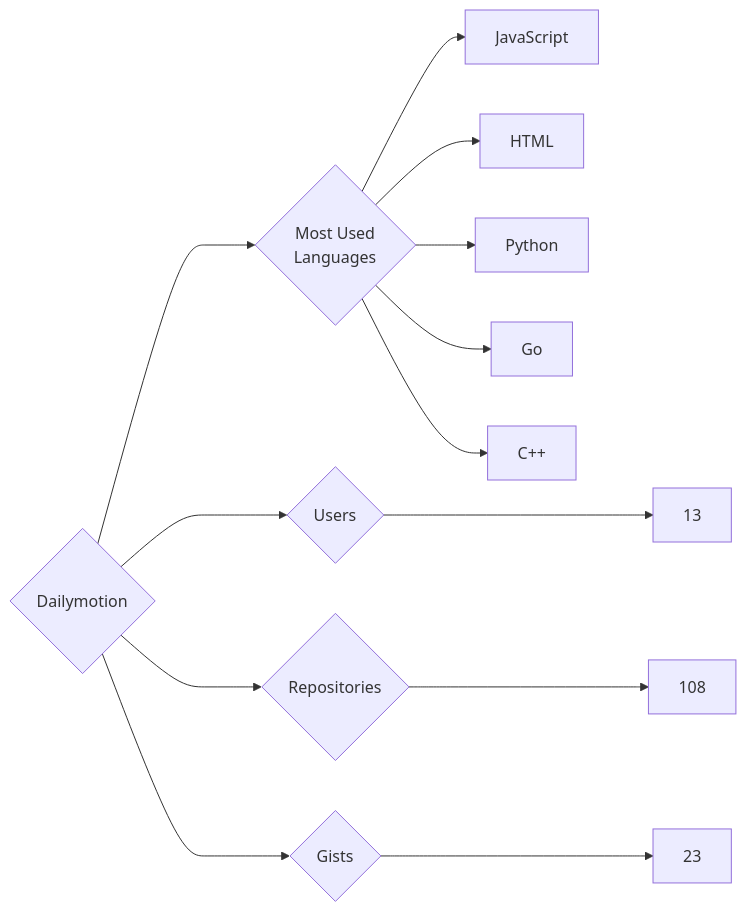
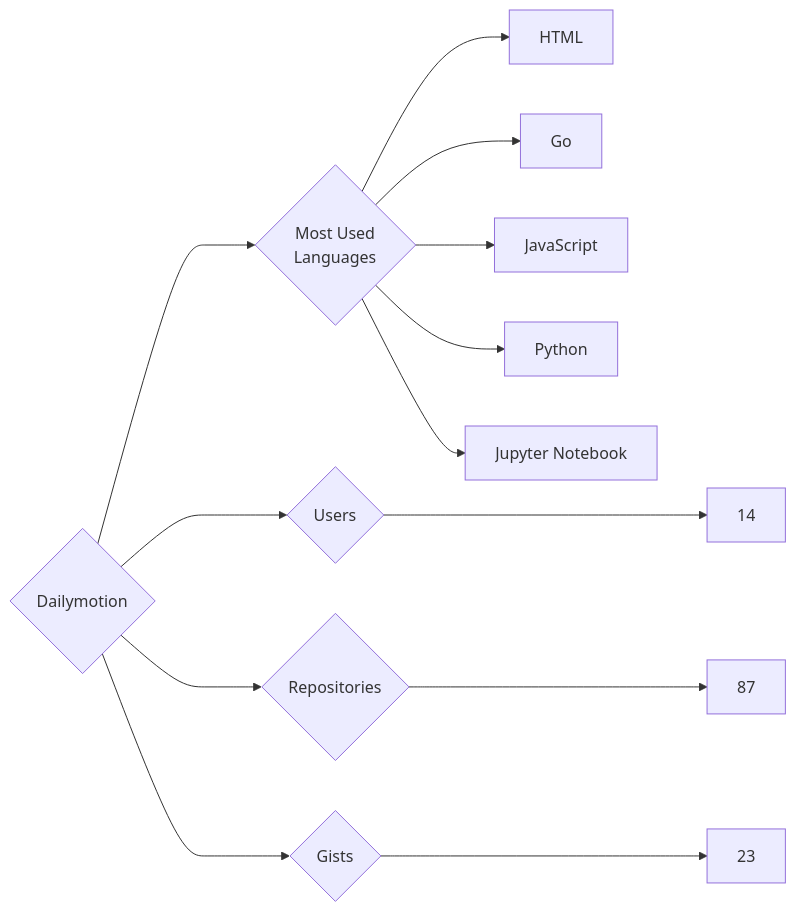
One commit to trickest/insiders changed the diagram in targets/Dailymotion/README.md. Above: the diagram before and after it, drawn with Mermaid. The commit also changed 934 other files, not shown here.

````diff
--- a/targets/Dailymotion/README.md
+++ b/targets/Dailymotion/README.md
@@ -3,13 +3,13 @@
 ```mermaid
 graph LR
 COMPANY_NAME{Dailymotion}
-COMPANY_NAME ---> U{Users} ---> UN[13]
-COMPANY_NAME ---> R{Repositories} ---> RN[108]
+COMPANY_NAME ---> U{Users} ---> UN[14]
+COMPANY_NAME ---> R{Repositories} ---> RN[87]
 COMPANY_NAME ---> G{Gists} ---> GN[23]
 COMPANY_NAME ---> ML{Most Used<br>Languages}
+ML --> HTML[HTML]
+ML --> Go[Go]
 ML --> JavaScript[JavaScript]
-ML --> HTML[HTML]
 ML --> Python[Python]
-ML --> Go[Go]
-ML --> C++[C++]
+ML --> Jupyter_Notebook[Jupyter Notebook]
 ```
````
